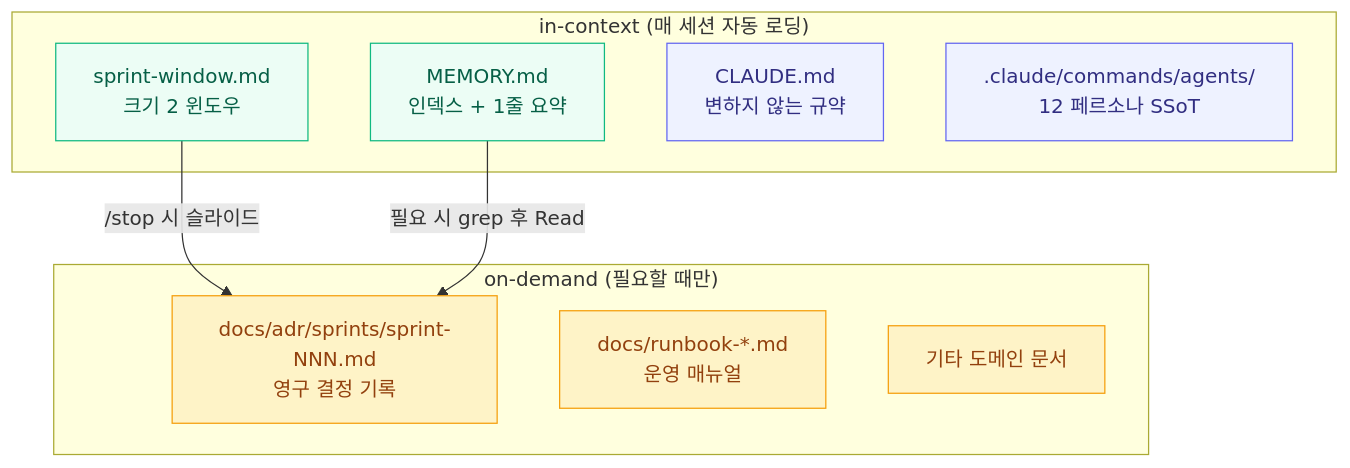
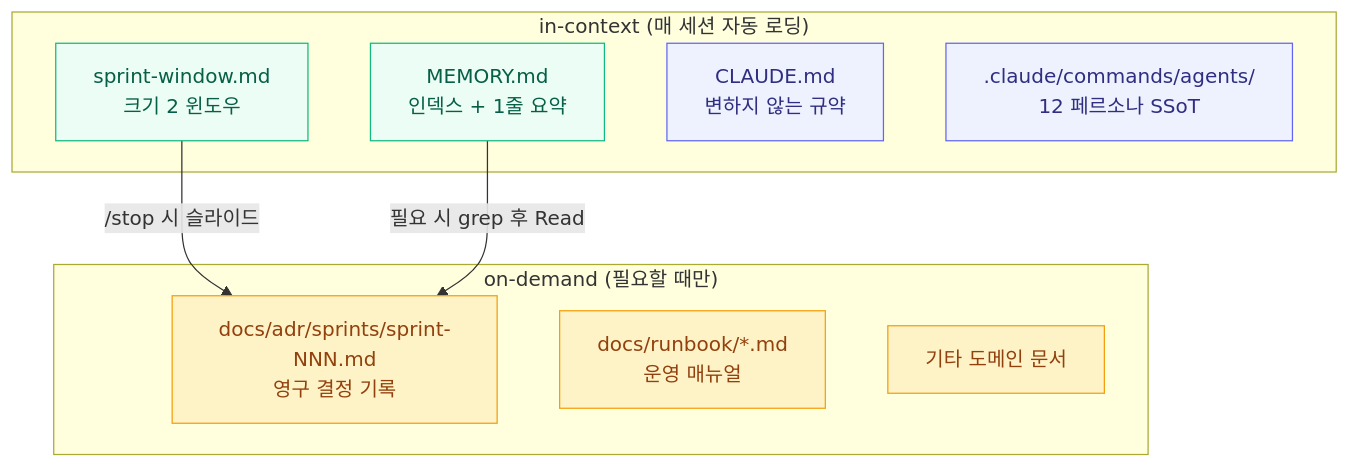
Before and after one commit to tpals0409/AlgoSu: the second of 2 diagrams in blog/content/posts/sliding-window-agent-context.mdx, drawn with Mermaid. The commit also changed other lines of this file and 18 other files, not shown here.

````diff
--- a/blog/content/posts/sliding-window-agent-context.mdx
+++ b/blog/content/posts/sliding-window-agent-context.mdx
@@ -191,26 +191,26 @@
 ```mermaid
 flowchart TB
     subgraph IN["in-context (매 세션 자동 로딩)"]
         SW["sprint-window.md<br/>크기 2 윈도우"]
         MEM["MEMORY.md<br/>인덱스 + 1줄 요약"]
         CL["CLAUDE.md<br/>변하지 않는 규약"]
         AG[".claude/commands/agents/<br/>12 페르소나 SSoT"]
     end
 
     subgraph OUT["on-demand (필요할 때만)"]
         ADR["docs/adr/sprints/sprint-NNN.md<br/>영구 결정 기록"]
-        RB["docs/runbook-*.md<br/>운영 매뉴얼"]
+        RB["docs/runbook/*.md<br/>운영 매뉴얼"]
         OTHER["기타 도메인 문서"]
     end
 
     SW -->|/stop 시 슬라이드| ADR
     MEM -->|"필요 시 grep 후 Read"| ADR
 
     style SW fill:#ecfdf5,stroke:#10b981,color:#065f46
     style MEM fill:#ecfdf5,stroke:#10b981,color:#065f46
     style CL fill:#eef2ff,stroke:#6366f1,color:#312e81
     style AG fill:#eef2ff,stroke:#6366f1,color:#312e81
     style ADR fill:#fef3c7,stroke:#f59e0b,color:#92400e
     style RB fill:#fef3c7,stroke:#f59e0b,color:#92400e
     style OTHER fill:#fef3c7,stroke:#f59e0b,color:#92400e
 ```
````
